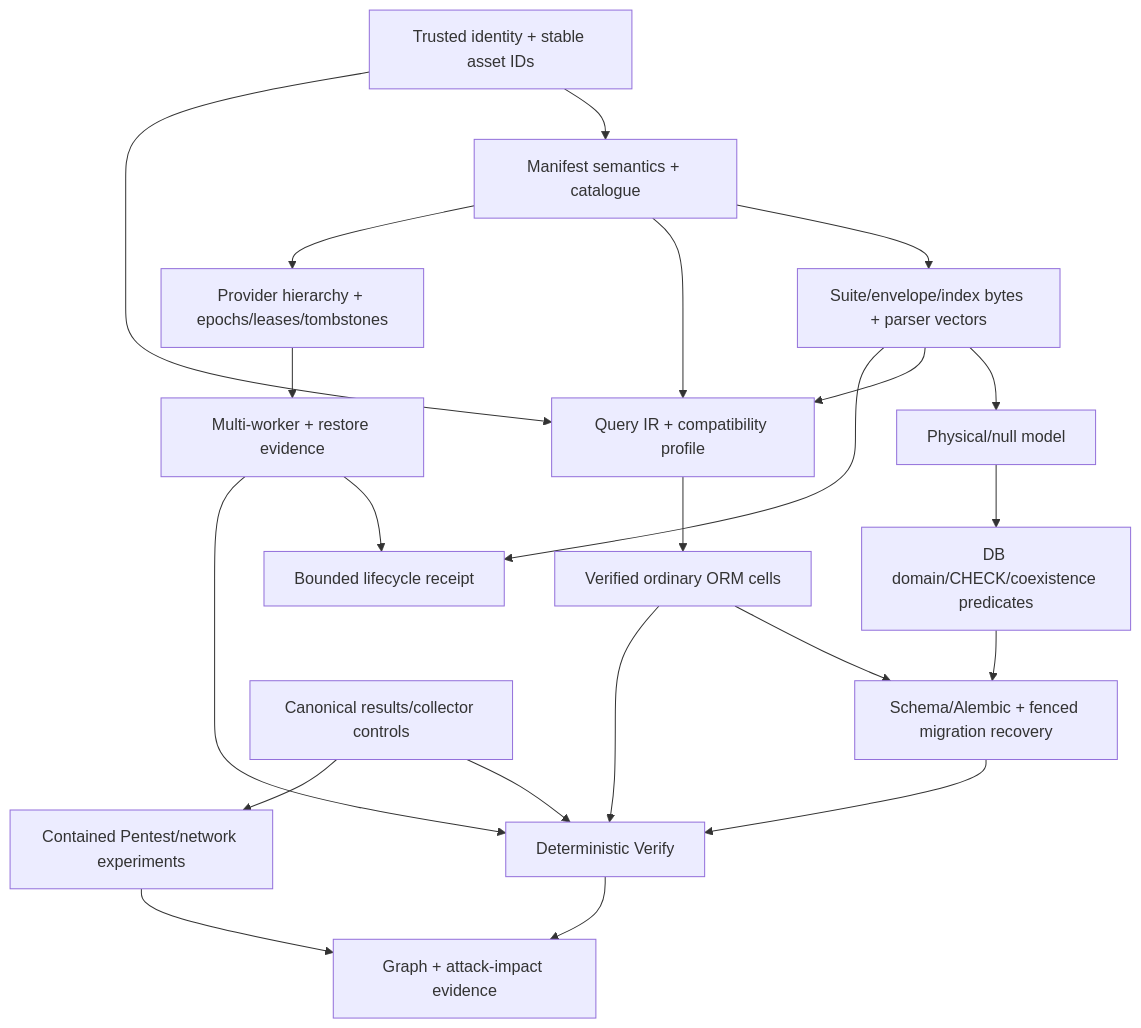
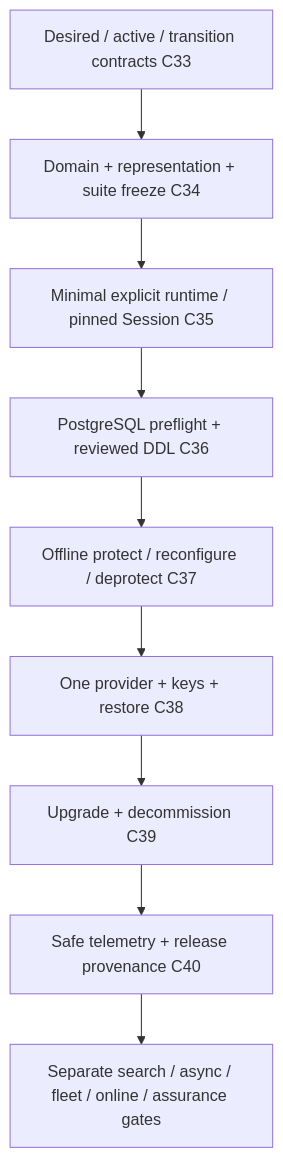
One commit to Debrato2005/cryptalis changed the second of 2 diagrams in docs/architecture/README.md. Above: the diagram before and after it, drawn with Mermaid. The commit also changed other lines of this file and 14 other files, not shown here.

Commit message:
docs(architecture): require approval before plaintext persistence

````diff
--- a/docs/architecture/README.md
+++ b/docs/architecture/README.md
@@ -182,24 +168,11 @@
 ```mermaid
 flowchart TD
-  Identity[Trusted identity + stable asset IDs] --> Manifest[Manifest semantics + catalogue]
-  Manifest --> Format[Suite/envelope/index bytes + parser vectors]
-  Format --> Shape[Physical/null model]
-  Shape --> Check[DB domain/CHECK/coexistence predicates]
-  Manifest --> Query[Query IR + compatibility profile]
-  Format --> Query
-  Identity --> Query
-  Query --> ORM[Verified ordinary ORM cells]
-  Check --> Migration[Schema/Alembic + fenced migration recovery]
-  ORM --> Migration
-  Manifest --> Key[Provider hierarchy + epochs/leases/tombstones]
-  Key --> Fence[Multi-worker + restore evidence]
-  Fence --> Receipt[Bounded lifecycle receipt]
-  Format --> Receipt
-  Contracts[Canonical results/collector controls] --> Verify[Deterministic Verify]
-  ORM --> Verify
-  Migration --> Verify
-  Fence --> Verify
-  Contracts --> Lab[Contained Pentest/network experiments]
-  Verify --> Correlation[Graph + attack-impact evidence]
-  Lab --> Correlation
+  Contract[Desired / active / transition contracts C33] --> Identity[Domain + representation + suite freeze C34]
+  Identity --> Path[Minimal explicit runtime / pinned Session C35]
+  Path --> DB[PostgreSQL preflight + reviewed DDL C36]
+  DB --> Offline[Offline protect / reconfigure / deprotect C37]
+  Offline --> Recovery[One provider + keys + restore C38]
+  Recovery --> Exit[Upgrade + decommission C39]
+  Exit --> Release[Safe telemetry + release provenance C40]
+  Release --> Advanced[Separate search / async / fleet / online / assurance gates]
 ```
````
